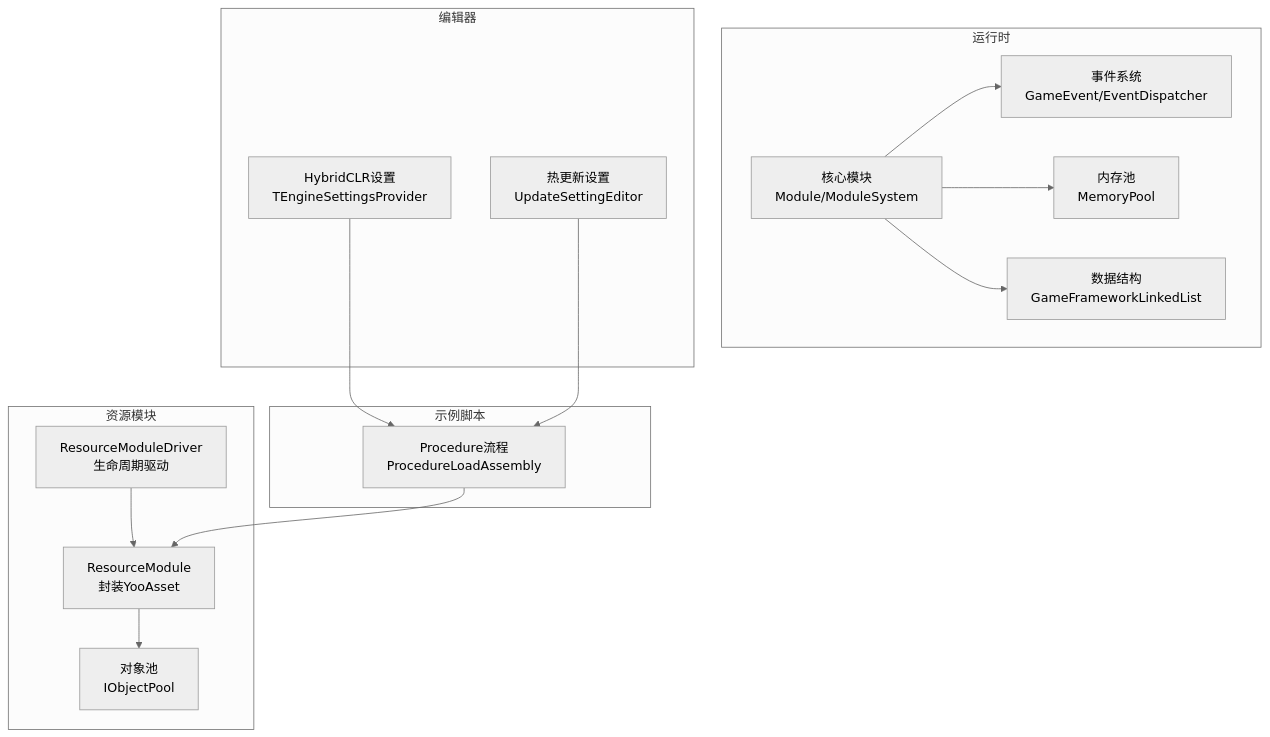
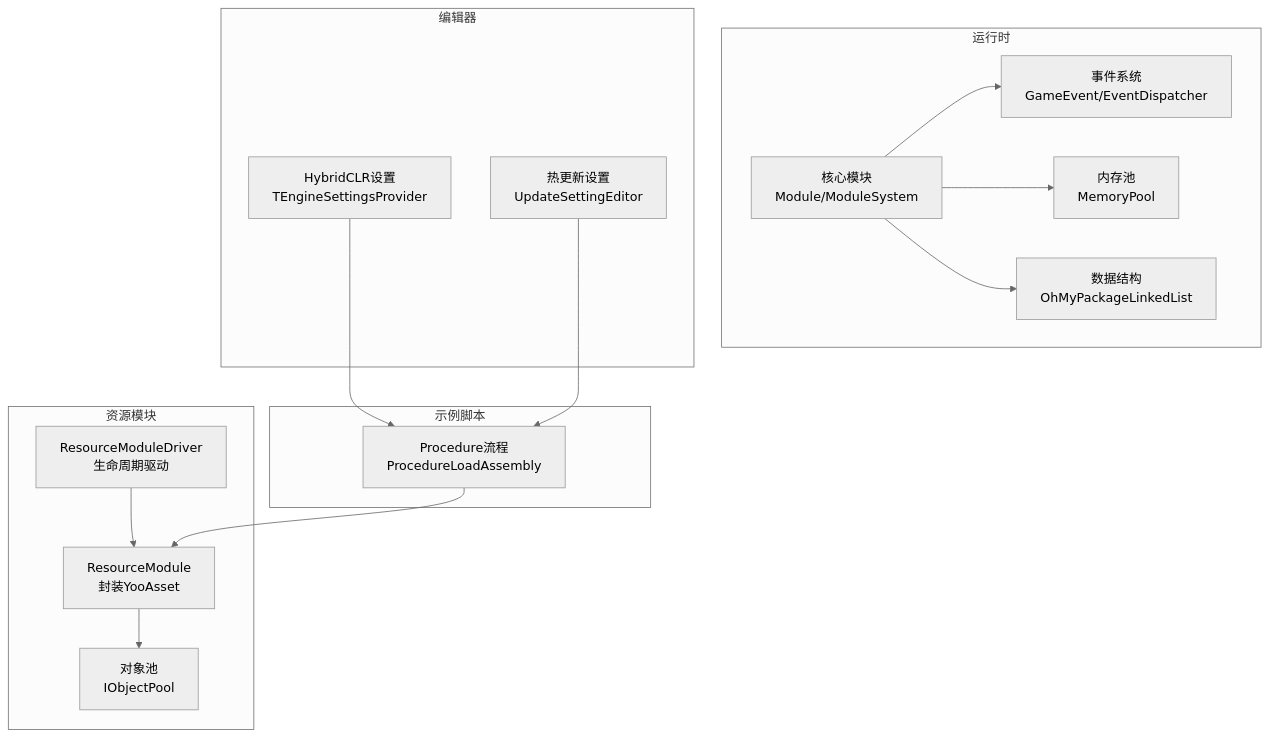
Before and after one commit to OxygenIsland/MyGame: the first of 8 diagrams in repowiki/zh/content/项目概述/核心特性展示.md, drawn with Mermaid (neutral theme). The commit also changed other lines of this file and 34 other files, not shown here.

````diff
--- a/repowiki/zh/content/项目概述/核心特性展示.md
+++ b/repowiki/zh/content/项目概述/核心特性展示.md
@@ -44,29 +44,29 @@
 ```mermaid
 graph TB
 subgraph "运行时"
 Core["核心模块<br/>Module/ModuleSystem"]
 Events["事件系统<br/>GameEvent/EventDispatcher"]
 Mem["内存池<br/>MemoryPool"]
-DS["数据结构<br/>GameFrameworkLinkedList"]
+DS["数据结构<br/>OhMyPackageLinkedList"]
 end
 subgraph "资源模块"
 RM["ResourceModule<br/>封装YooAsset"]
 Pool["对象池<br/>IObjectPool<AssetObject>"]
 Driver["ResourceModuleDriver<br/>生命周期驱动"]
 end
 subgraph "编辑器"
 Hybrid["HybridCLR设置<br/>TEngineSettingsProvider"]
 Upd["热更新设置<br/>UpdateSettingEditor"]
 end
 subgraph "示例脚本"
 Proc["Procedure流程<br/>ProcedureLoadAssembly"]
 end
 Core --> Events
 Core --> Mem
 Core --> DS
 RM --> Pool
 Driver --> RM
 Proc --> RM
 Hybrid --> Proc
 Upd --> Proc
 ```
````
